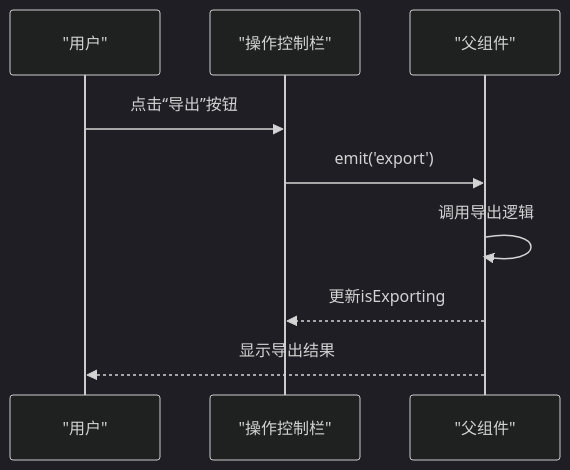
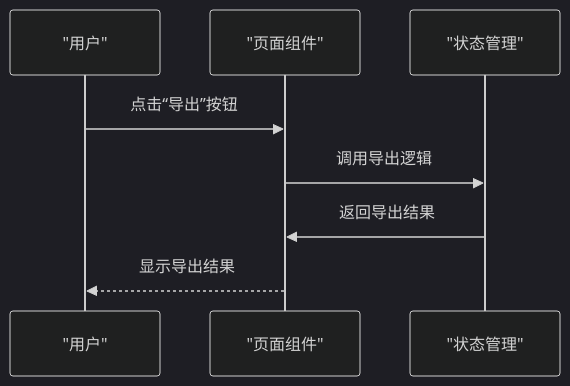
One commit to dunhuixiao/FinanceTools changed the third of 5 diagrams in .qoder/repowiki/zh/content/组件架构设计/操作控制栏组件.md. Above: the diagram before and after it, drawn with Mermaid (dark theme). The commit also changed other lines of this file and 4 other files, not shown here.

````diff
--- a/.qoder/repowiki/zh/content/组件架构设计/操作控制栏组件.md
+++ b/.qoder/repowiki/zh/content/组件架构设计/操作控制栏组件.md
@@ -104,11 +88,10 @@
 ```mermaid
 sequenceDiagram
 participant User as "用户"
-participant OperationBar as "操作控制栏"
-participant Parent as "父组件"
-User->>OperationBar : 点击“导出”按钮
-OperationBar->>Parent : emit('export')
-Parent->>Parent : 调用导出逻辑
-Parent-->>OperationBar : 更新isExporting
-Parent-->>User : 显示导出结果
+participant Page as "页面组件"
+participant Store as "状态管理"
+User->>Page : 点击“导出”按钮
+Page->>Store : 调用导出逻辑
+Store->>Page : 返回导出结果
+Page-->>User : 显示导出结果
 ```
````
